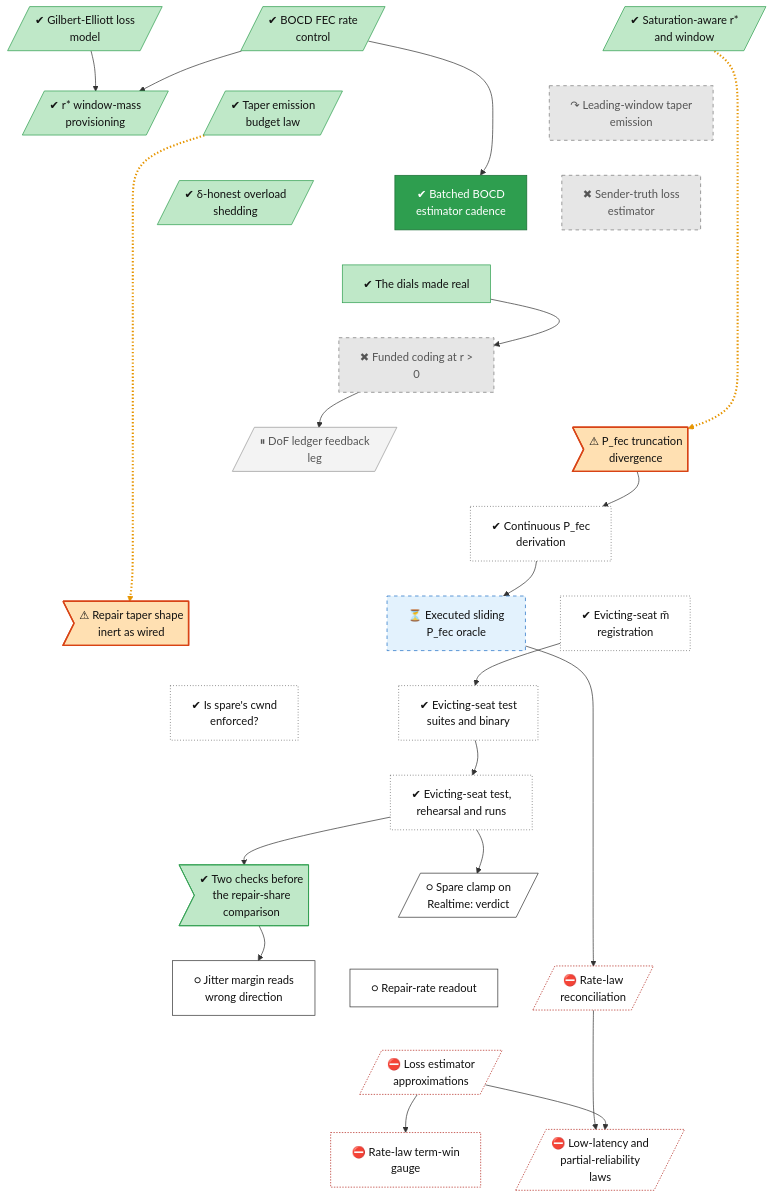
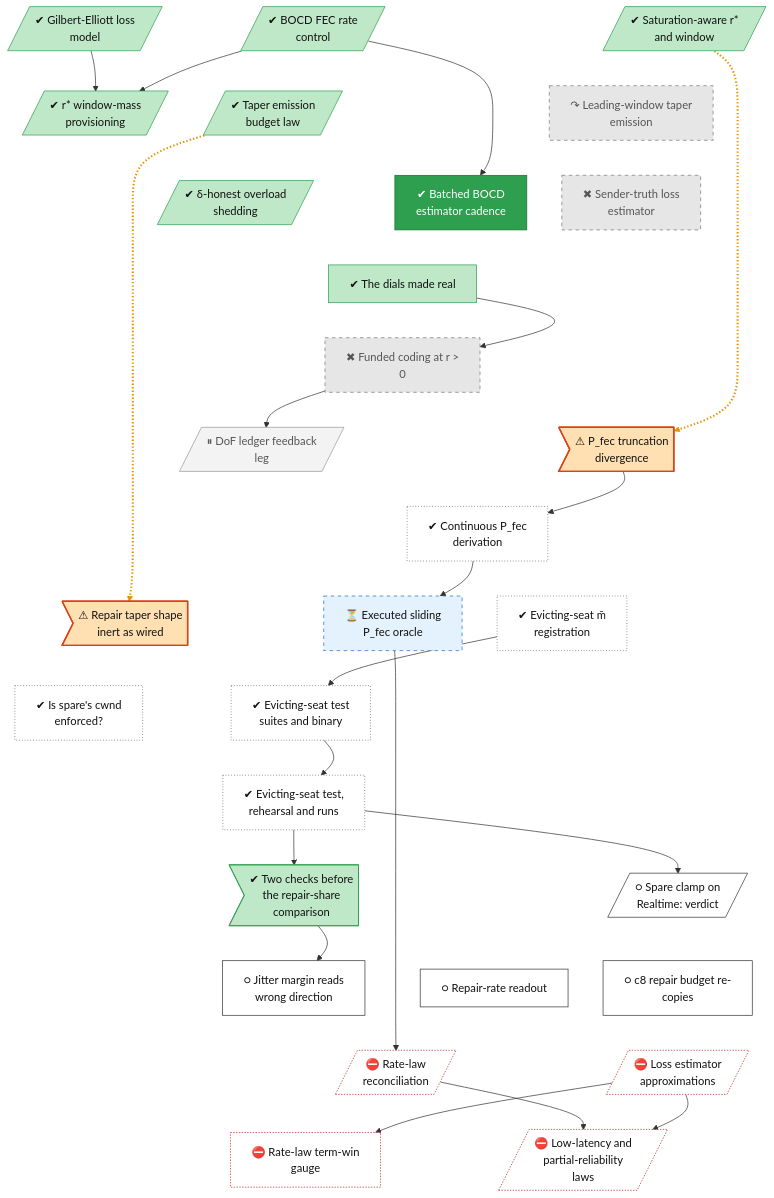
One commit to lhns/raptorpath changed the diagram in docs/roadmap/tracks/rate.md. Above: the diagram before and after it, drawn with Mermaid. The commit also changed other lines of this file and 26 other files, not shown here.

````diff
--- a/docs/roadmap/tracks/rate.md
+++ b/docs/roadmap/tracks/rate.md
@@ -33,6 +33,7 @@
     rate_spare_clamp_verdict[/"○ Spare clamp on<br/>Realtime: verdict"/]
     rate_delta_jitter_fix["○ Jitter margin reads<br/>wrong direction"]
     rate_fix_rate_readout["○ Repair-rate readout"]
+    rate_c8_frontier_recopy["○ c8 repair budget re-<br/>copies"]
     rate_law_reconcile[/"⛔ Rate-law<br/>reconciliation"/]
     rate_fix_estimators[/"⛔ Loss estimator<br/>approximations"/]
     rate_fix_term_gauge["⛔ Rate-law term-win<br/>gauge"]
@@ -63,11 +64,11 @@
     rate_evict_session ~~~ rate_spare_clamp_verdict
     rate_k4_input_checks ~~~ rate_delta_jitter_fix
     rate_spare_clamp_verdict ~~~ rate_fix_rate_readout
-    rate_spare_clamp_verdict ~~~ rate_law_reconcile
-    rate_delta_jitter_fix ~~~ rate_fix_estimators
+    rate_spare_clamp_verdict ~~~ rate_c8_frontier_recopy
+    rate_delta_jitter_fix ~~~ rate_law_reconcile
     rate_fix_rate_readout ~~~ rate_fix_estimators
-    rate_law_reconcile ~~~ rate_fix_estimators
-    rate_fix_estimators ~~~ rate_fix_term_gauge
+    rate_c8_frontier_recopy ~~~ rate_fix_estimators
+    rate_law_reconcile ~~~ rate_fix_term_gauge
     rate_fix_estimators ~~~ rate_fix_rho_realtime
     rate_saturation_rstar -.-> rate_defect_pfec
     rate_ge_hmm --> rate_rstar_window_mass
@@ -108,6 +109,6 @@
     class rate_defect_pfec,rate_defect_taper_inert defect
     class rate_pfec_continuous,rate_evict_registration,rate_spare_cwnd,rate_evict_epre,rate_evict_session unrated
     class rate_pfec_oracle waiting
-    class rate_spare_clamp_verdict,rate_delta_jitter_fix,rate_fix_rate_readout next
+    class rate_spare_clamp_verdict,rate_delta_jitter_fix,rate_fix_rate_readout,rate_c8_frontier_recopy next
     class rate_law_reconcile,rate_fix_estimators,rate_fix_term_gauge,rate_fix_rho_realtime blocked
 ```
````
